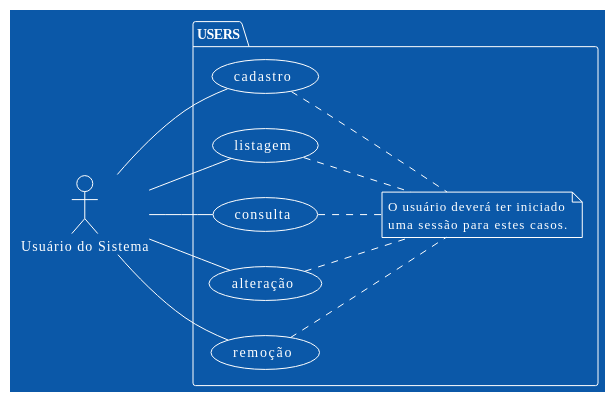
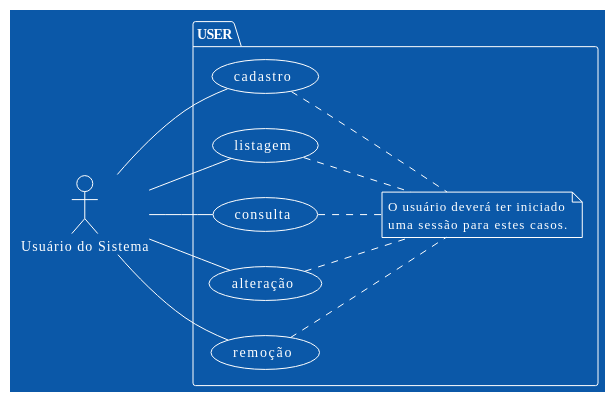
One commit to Minerva-System/minerva-system changed the second of 9 diagrams in docs/src/diagramas/casos-de-uso.md. Above: the diagram before and after it, drawn with PlantUML. The commit also changed 10 other files, not shown here.

````diff
--- a/docs/src/diagramas/casos-de-uso.md
+++ b/docs/src/diagramas/casos-de-uso.md
@@ -42,30 +42,30 @@
 ```plantuml
 @startuml
 !theme amiga
 left to right direction
 actor :Usuário do Sistema: as user
 
-package USERS {
+package USER {
 	usecase cadastro
 	usecase listagem
 	usecase consulta
 	usecase alteração as alteracao
 	usecase remoção as remocao
 	
 	note "O usuário deverá ter iniciado\numa sessão para estes casos." as must_have_session
 	
 	(cadastro)..must_have_session
 	(listagem)..must_have_session
 	(consulta)..must_have_session
 	(alteracao)..must_have_session
 	(remocao)..must_have_session
 }
 
 user -- cadastro
 user -- listagem
 user -- consulta
 user -- alteracao
 user -- remocao
 
 @enduml
 ```
````
